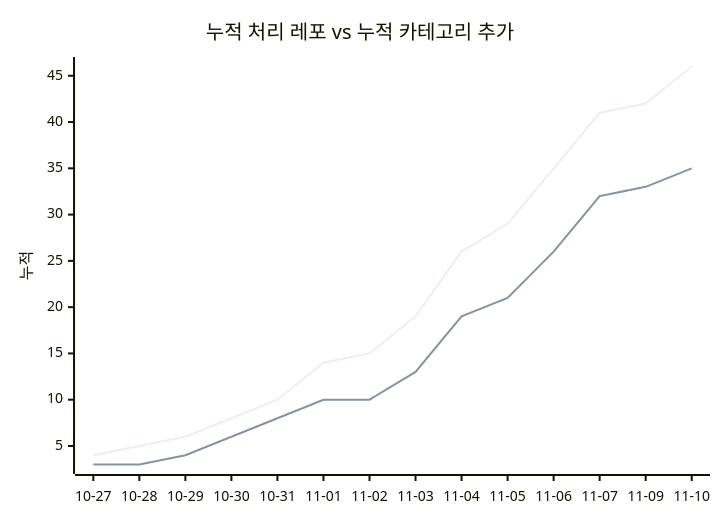
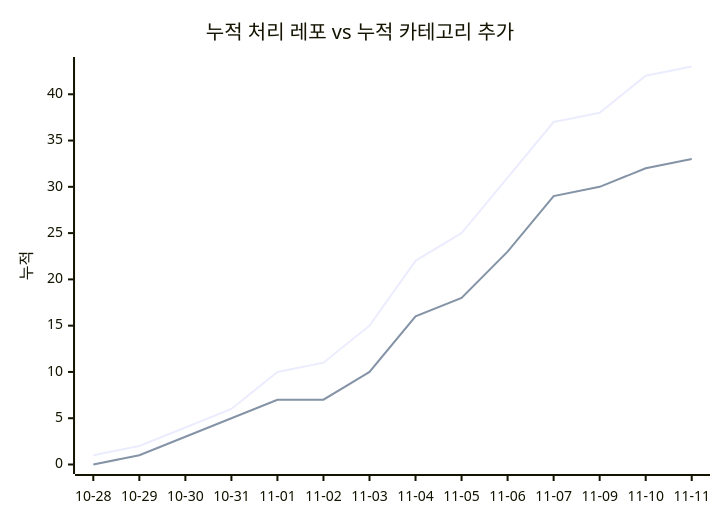
The second of 2 diagrams in docs/trends.md (J-nowcow/awesome-korean-agent-skills), drawn with Mermaid before and after one commit. The commit also changed other lines of this file and 3 other files, not shown here.

````diff
--- a/docs/trends.md
+++ b/docs/trends.md
@@ -68,8 +68,8 @@
 ```mermaid
 xychart-beta
     title "누적 처리 레포 vs 누적 카테고리 추가"
-    x-axis ["10-27","10-28","10-29","10-30","10-31","11-01","11-02","11-03","11-04","11-05","11-06","11-07","11-09","11-10"]
+    x-axis ["10-28","10-29","10-30","10-31","11-01","11-02","11-03","11-04","11-05","11-06","11-07","11-09","11-10","11-11"]
     y-axis "누적"
-    line [4,5,6,8,10,14,15,19,26,29,35,41,42,46]
-    line [3,3,4,6,8,10,10,13,19,21,26,32,33,35]
+    line [1,2,4,6,10,11,15,22,25,31,37,38,42,43]
+    line [0,1,3,5,7,7,10,16,18,23,29,30,32,33]
 ```
````
